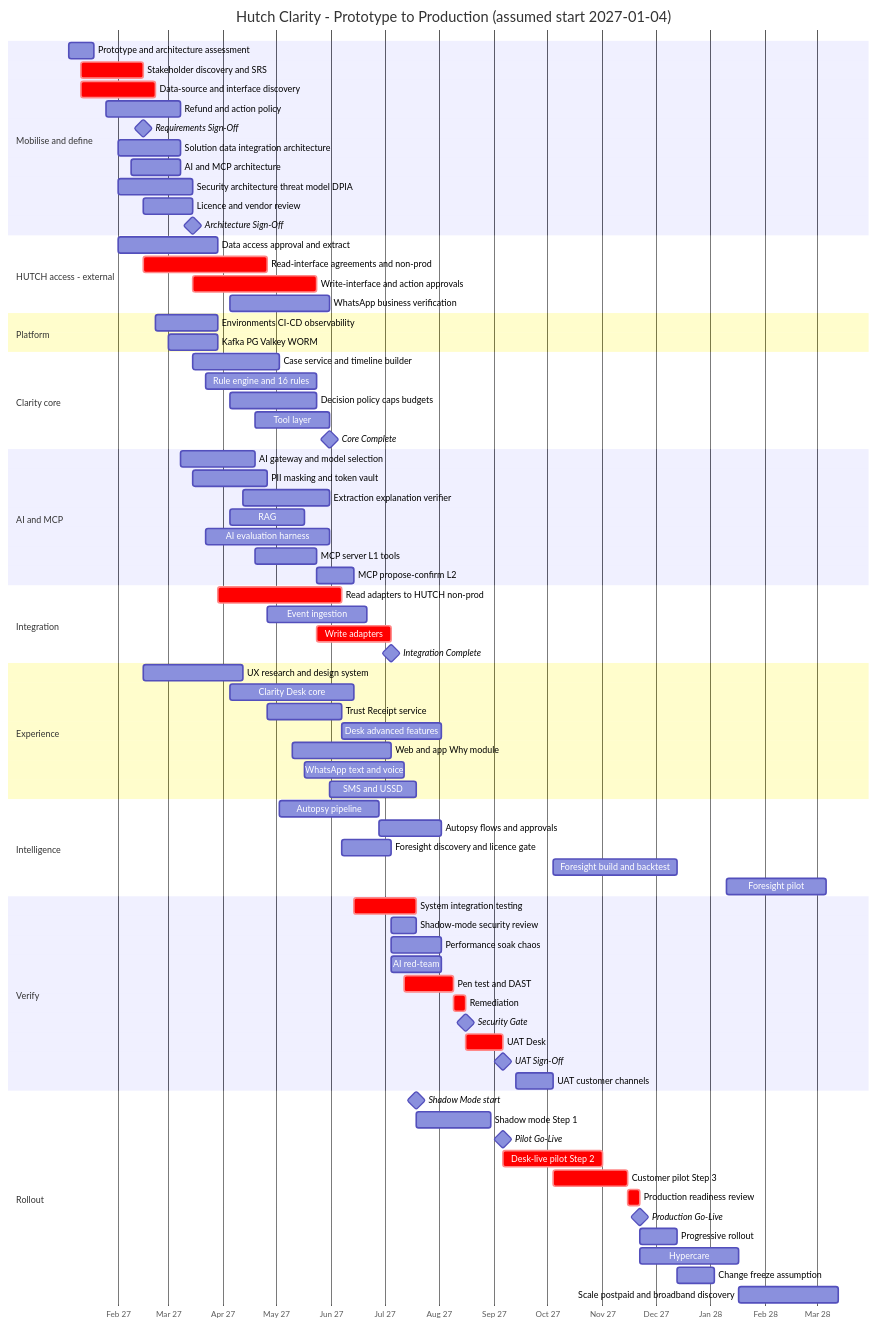
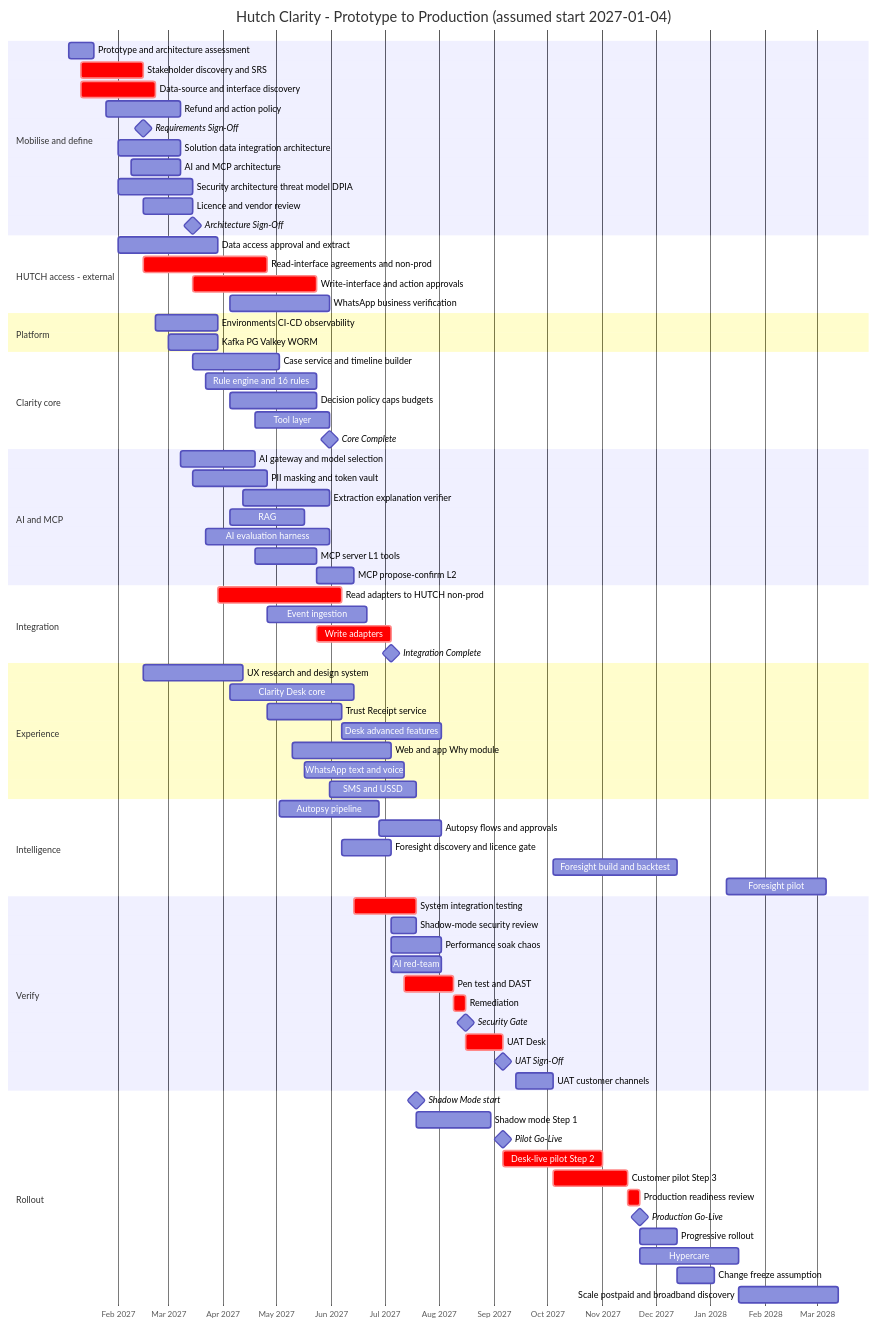
The first of 2 diagrams in docs/enterprise-plan/13-delivery-plan.md (Pasidu-Mihiranga/HutchClarity), drawn with Mermaid before and after one commit. The commit also changed other lines of this file and 567 other files, not shown here.

```diff
--- a/docs/enterprise-plan/13-delivery-plan.md
+++ b/docs/enterprise-plan/13-delivery-plan.md
@@ -202,7 +202,7 @@
 gantt
     title Hutch Clarity - Prototype to Production (assumed start 2027-01-04)
     dateFormat YYYY-MM-DD
-    axisFormat %b %y
+    axisFormat %b %Y
     todayMarker off
 
     section Mobilise and define
```
